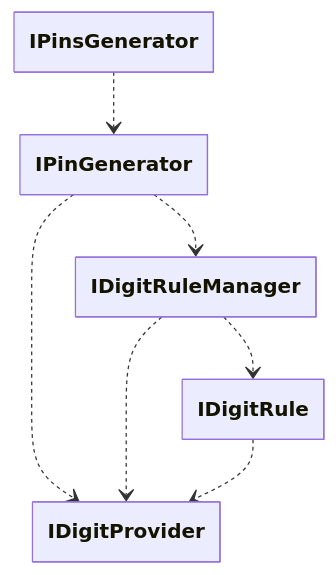
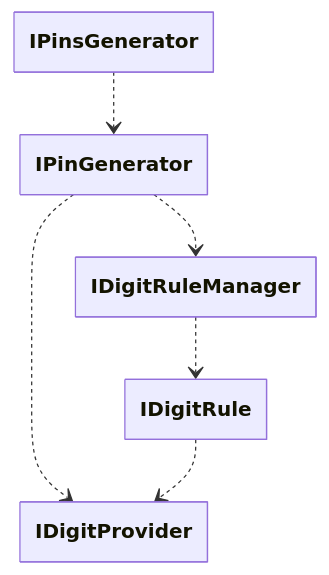
The diagram in PinGenerator/README.md (armedtuna/PinGenerator), drawn with Mermaid before and after one commit. The commit also changed 3 other files, not shown here.

````diff
--- a/PinGenerator/README.md
+++ b/PinGenerator/README.md
@@ -3,20 +3,19 @@
 ```mermaid
 ---
 config:
   class:
     hideEmptyMembersBox: true
 ---
 classDiagram
     class IPinsGenerator
     class IPinGenerator
     class IDigitRuleManager
     class IDigitProvider
     class IDigitRule
     
     IPinsGenerator ..> IPinGenerator
     IPinGenerator ..> IDigitRuleManager
     IPinGenerator ..> IDigitProvider
     IDigitRuleManager ..> IDigitRule
-    IDigitRuleManager ..> IDigitProvider
     IDigitRule ..> IDigitProvider
 ```
````
